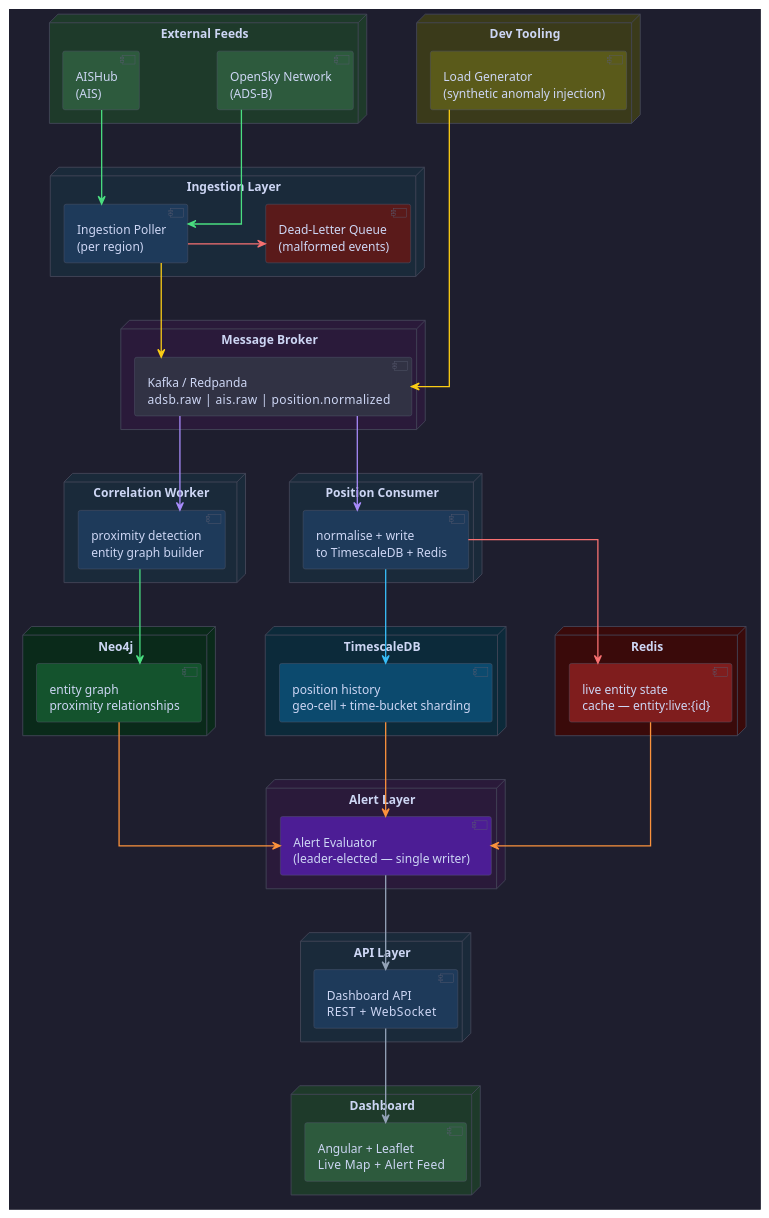
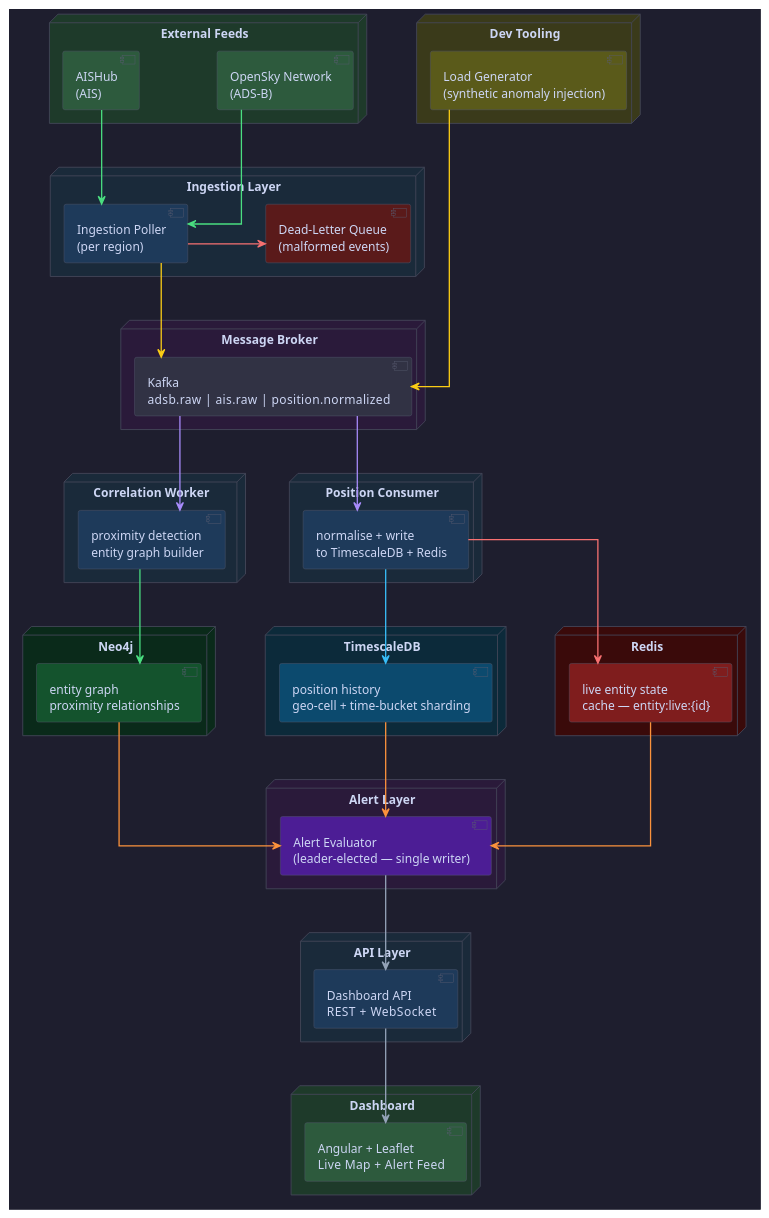
Before and after one commit to Buffden/sentinel: the diagram in docs/architecture.puml, drawn with PlantUML. The commit also changed 5 other files, not shown here.

```diff
--- a/docs/architecture.puml
+++ b/docs/architecture.puml
@@ -1,130 +1,130 @@
 @startuml Sentinel Architecture
 
 skinparam linetype ortho
 skinparam nodesep 90
 skinparam ranksep 110
 
 skinparam backgroundColor #1e1e2e
 skinparam defaultFontColor #cdd6f4
 skinparam defaultFontName "Helvetica"
 skinparam arrowThickness 1.5
 
 skinparam node {
     BackgroundColor #181825
     BorderColor #45475a
     FontColor #cdd6f4
     FontStyle bold
 }
 
 skinparam component {
     BackgroundColor #313244
     BorderColor #585b70
     FontColor #cdd6f4
 }
 
 skinparam database {
     BackgroundColor #313244
     BorderColor #585b70
     FontColor #cdd6f4
 }
 
 skinparam queue {
     BackgroundColor #4c1d95
     BorderColor #7c3aed
     FontColor #e9d5ff
 }
 
 ' ─── Row 1: External Feeds ───────────────────────────────────
 together {
     node "External Feeds" #1e3a2a {
         component [OpenSky Network\n(ADS-B)] as ADSB #2d5a3d
         component [AISHub\n(AIS)] as AIS #2d5a3d
     }
 
     node "Dev Tooling" #3a3a1a {
         component [Load Generator\n(synthetic anomaly injection)] as LOADGEN #5a5a1a
     }
 }
 
 ' ─── Row 2: Ingestion ────────────────────────────────────────
 node "Ingestion Layer" #1a2a3a {
     component [Ingestion Poller\n(per region)] as POLLER #1e3a5a
     component [Dead-Letter Queue\n(malformed events)] as DLQ #5a1a1a
 }
 
 ' ─── Row 3: Message Broker ───────────────────────────────────
 node "Message Broker" #2a1a3a {
-    queue [Kafka / Redpanda\nadsb.raw  |  ais.raw  |  position.normalized] as KAFKA
+    queue [Kafka\nadsb.raw  |  ais.raw  |  position.normalized] as KAFKA
 }
 
 ' ─── Row 4: Processing ───────────────────────────────────────
 together {
     node "Position Consumer" #1a2a3a {
         component [normalise + write\nto TimescaleDB + Redis] as POS_CONSUMER #1e3a5a
     }
 
     node "Correlation Worker" #1a2a3a {
         component [proximity detection\nentity graph builder] as CORR_WORKER #1e3a5a
     }
 }
 
 ' ─── Row 5: Persistence ──────────────────────────────────────
 together {
     node "TimescaleDB" #0c2a3a {
         database [position history\ngeo-cell + time-bucket sharding] as TSDB #0c4a6e
     }
 
     node "Neo4j" #0a2a1a {
         database [entity graph\nproximity relationships] as NEO4J #14532d
     }
 
     node "Redis" #3a0a0a {
         database [live entity state\ncache — entity:live:{id}] as REDIS #7f1d1d
     }
 }
 
 ' ─── Row 6: Alert ────────────────────────────────────────────
 node "Alert Layer" #2a1a3a {
     component [Alert Evaluator\n(leader-elected — single writer)] as ALERT #4c1d95
 }
 
 ' ─── Row 7: API ──────────────────────────────────────────────
 node "API Layer" #1a2a3a {
     component [Dashboard API\nREST  +  WebSocket] as API #1e3a5a
 }
 
 ' ─── Row 8: Dashboard ────────────────────────────────────────
 node "Dashboard" #1e3a2a {
     component [Angular + Leaflet\nLive Map  +  Alert Feed] as DASH #2d5a3d
 }
 
 ' ─── Connections ─────────────────────────────────────────────
 
 ' feed → ingestion (green)
 ADSB        -[#4ade80]down->  POLLER
 AIS         -[#4ade80]down->  POLLER
 LOADGEN     -[#facc15]down->  KAFKA
 
 ' ingestion → broker / dlq
 POLLER      -[#facc15]down->  KAFKA
 POLLER      -[#f87171]right-> DLQ
 
 ' broker → processing (purple)
 KAFKA       -[#a78bfa]down->  POS_CONSUMER
 KAFKA       -[#a78bfa]down->  CORR_WORKER
 
 ' processing → persistence
 POS_CONSUMER -[#38bdf8]down-> TSDB
 POS_CONSUMER -[#f87171]down-> REDIS
 CORR_WORKER  -[#4ade80]down-> NEO4J
 
 ' persistence → alert (orange)
 TSDB        -[#fb923c]down->  ALERT
 NEO4J       -[#fb923c]down->  ALERT
 REDIS       -[#fb923c]down->  ALERT
 
 ' alert → api → dashboard (slate)
 ALERT       -[#94a3b8]down->  API
 API         -[#94a3b8]down->  DASH
 
 @enduml
```
